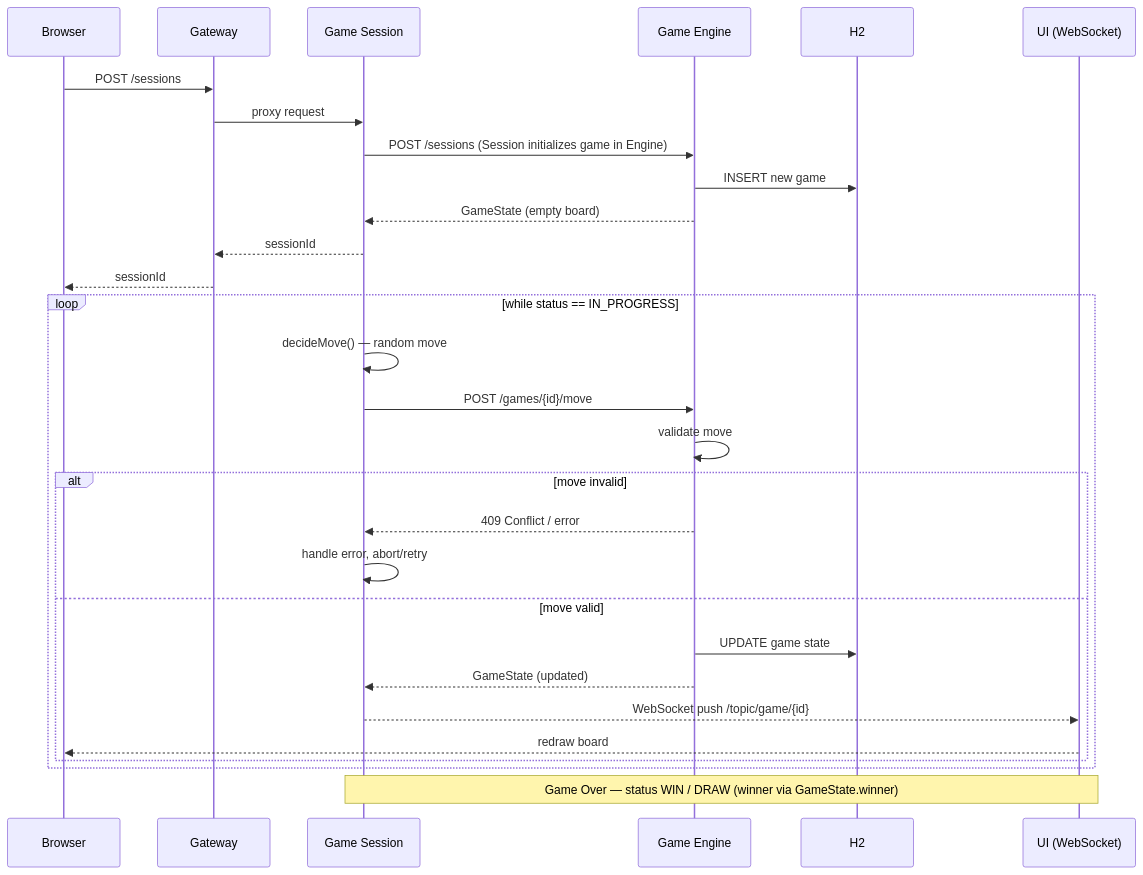
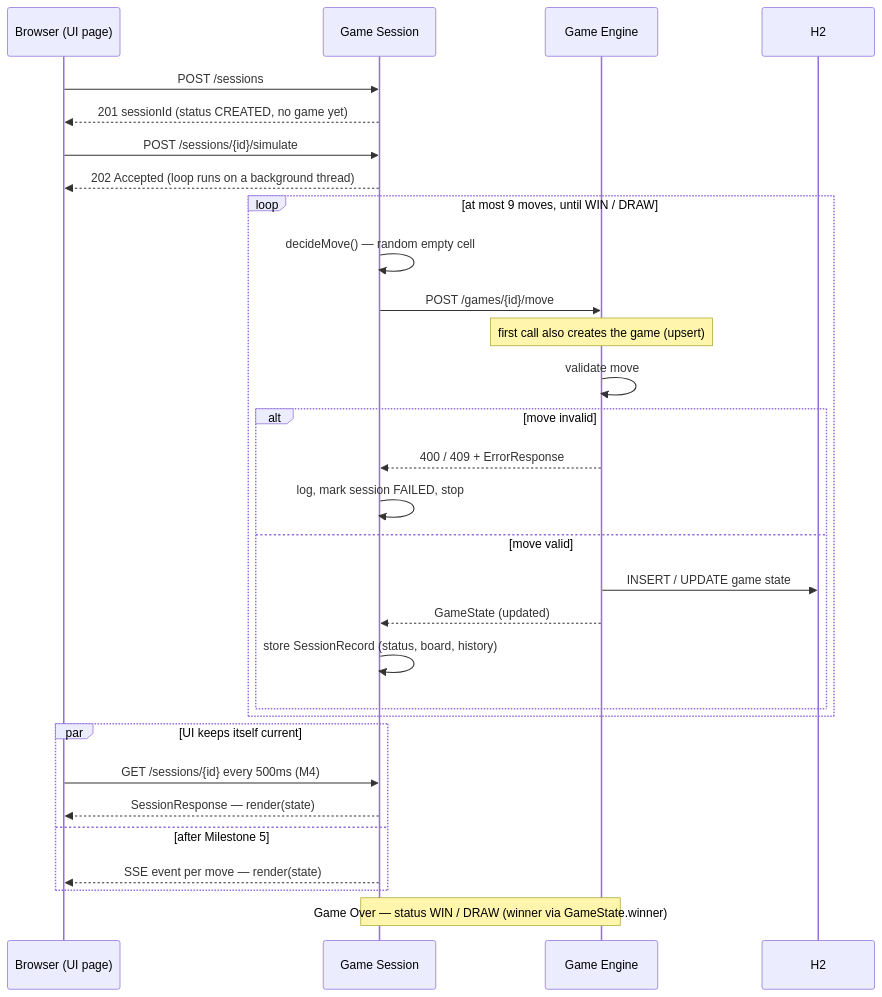
The second of 3 diagrams in docs/tic-tac-toe-plan.md (andrey56097/tik-tak-toe), drawn with Mermaid before and after one commit. The commit also changed other lines of this file and 1 other file, not shown here.

First line of the commit message:
Build the UI before the push channel, and push over SSE instead of WebSocket

````diff
--- a/docs/tic-tac-toe-plan.md
+++ b/docs/tic-tac-toe-plan.md
@@ -197,34 +197,37 @@
 ```mermaid
 sequenceDiagram
-    participant B as Browser
-    participant GW as Gateway
+    participant B as Browser (UI page)
     participant S as Game Session
     participant E as Game Engine
     participant DB as H2
-    participant U as UI (WebSocket)
 
-    B->>GW: POST /sessions
-    GW->>S: proxy request
-    S->>E: POST /sessions (Session initializes game in Engine)
-    E->>DB: INSERT new game
-    E-->>S: GameState (empty board)
-    S-->>GW: sessionId
-    GW-->>B: sessionId
+    B->>S: POST /sessions
+    S-->>B: 201 sessionId (status CREATED, no game yet)
 
-    loop while status == IN_PROGRESS
-        S->>S: decideMove() — random move
+    B->>S: POST /sessions/{id}/simulate
+    S-->>B: 202 Accepted (loop runs on a background thread)
+
+    loop at most 9 moves, until WIN / DRAW
+        S->>S: decideMove() — random empty cell
         S->>E: POST /games/{id}/move
+        Note over E: first call also creates the game (upsert)
         E->>E: validate move
         alt move invalid
-            E-->>S: 409 Conflict / error
-            S->>S: handle error, abort/retry
+            E-->>S: 400 / 409 + ErrorResponse
+            S->>S: log, mark session FAILED, stop
         else move valid
-            E->>DB: UPDATE game state
+            E->>DB: INSERT / UPDATE game state
             E-->>S: GameState (updated)
-            S-->>U: WebSocket push /topic/game/{id}
-            U-->>B: redraw board
+            S->>S: store SessionRecord (status, board, history)
         end
     end
 
-    Note over S,U: Game Over — status WIN / DRAW (winner via GameState.winner)
+    par UI keeps itself current
+        B->>S: GET /sessions/{id} every 500ms (M4)
+        S-->>B: SessionResponse — render(state)
+    and after Milestone 5
+        S-->>B: SSE event per move — render(state)
+    end
+
+    Note over S,E: Game Over — status WIN / DRAW (winner via GameState.winner)
 ```
````
